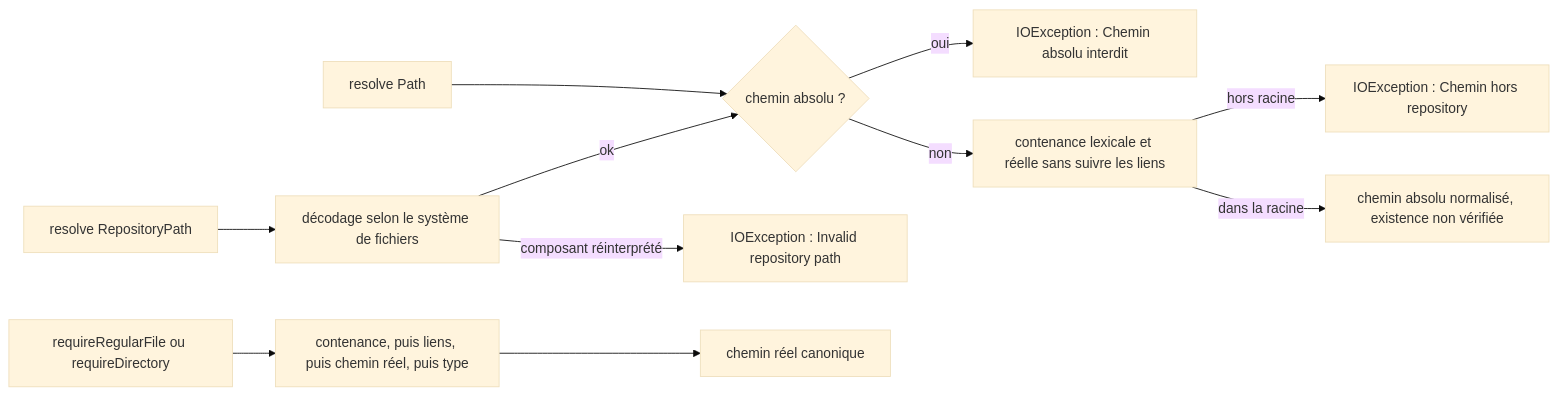
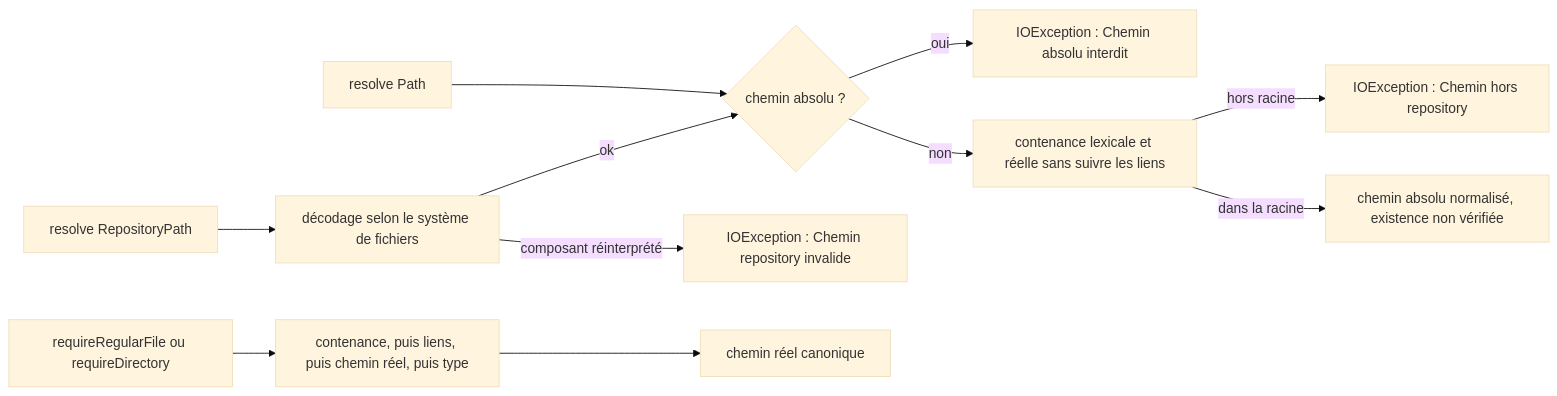
The second of 2 diagrams in docs/developer/filesystem-support.md (FTurleque/nexus-context-engine), drawn with Mermaid (base theme) before and after one commit. The commit also changed other lines of this file and 45 other files, not shown here.

````diff
--- a/docs/developer/filesystem-support.md
+++ b/docs/developer/filesystem-support.md
@@ -180,13 +180,13 @@
 ```mermaid
 flowchart LR
     I1[resolve Path] --> A1{chemin absolu ?}
     A1 -- oui --> X1[IOException : Chemin absolu interdit]
     A1 -- non --> C1[contenance lexicale et réelle sans suivre les liens]
     I2[resolve RepositoryPath] --> D2[décodage selon le système de fichiers]
-    D2 -- composant réinterprété --> X2[IOException : Invalid repository path]
+    D2 -- composant réinterprété --> X2[IOException : Chemin repository invalide]
     D2 -- ok --> A1
     C1 -- hors racine --> X3[IOException : Chemin hors repository]
     C1 -- dans la racine --> OK1[chemin absolu normalisé, existence non vérifiée]
     I3[requireRegularFile ou requireDirectory] --> C3[contenance, puis liens, puis chemin réel, puis type]
     C3 --> OK3[chemin réel canonique]
 ```
````
